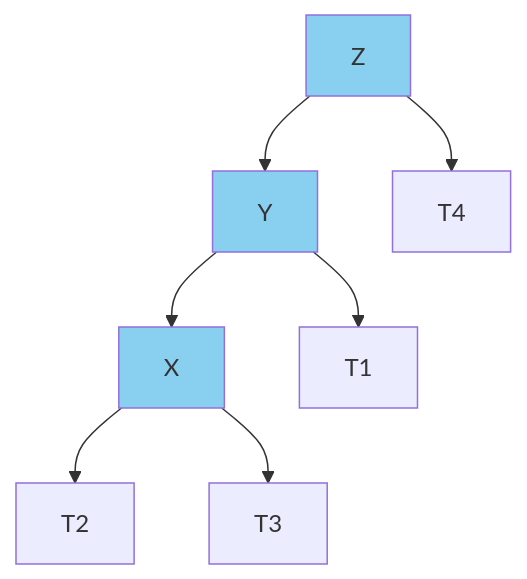
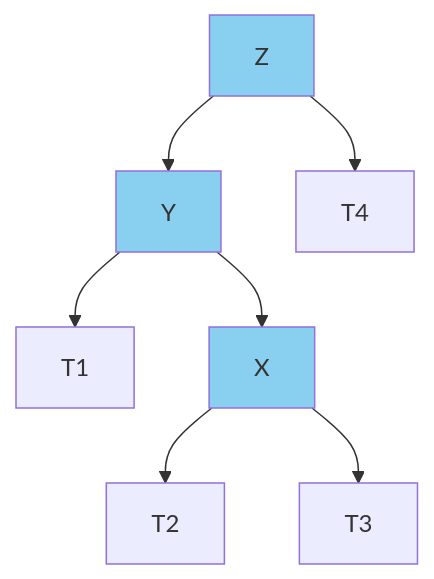
The ninth of 10 diagrams in content/posts/avl_tree.md (Budnarae/budnarae_archive), drawn with Mermaid before and after one commit. The commit also changed other lines of this file, not shown here.

Commit message:
avl_tree.md final - fix graph6

````diff
--- a/content/posts/avl_tree.md
+++ b/content/posts/avl_tree.md
@@ -278,12 +278,12 @@
 ```mermaid
 flowchart TD
-style X fill:#89cff0
-style Y fill:#89cff0
-style Z fill:#89cff0
+	style Y fill:#89cff0
+	style Z fill:#89cff0
 	Z[Z] --> Y[Y]
 	Y --> a[T1]
     Y --> X[X]
     X --> b[T2]
     X --> c[T3]
     Z --> d[T4]
+	style X fill:#89cff0
 ```  
````
